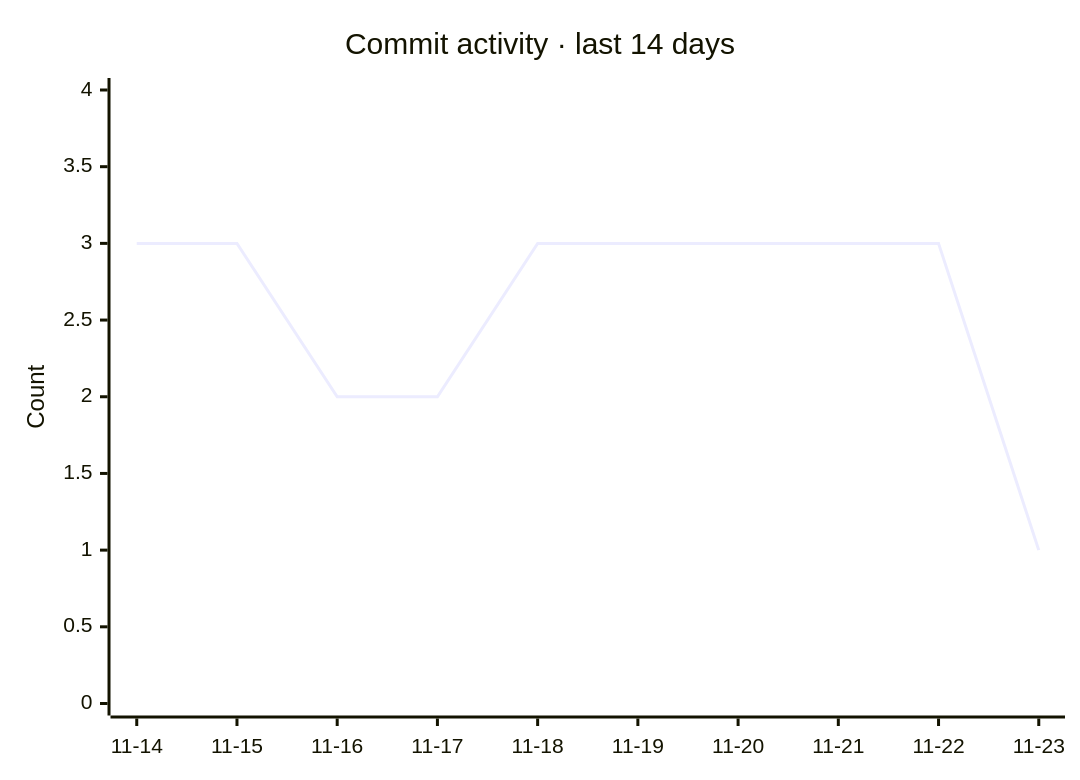
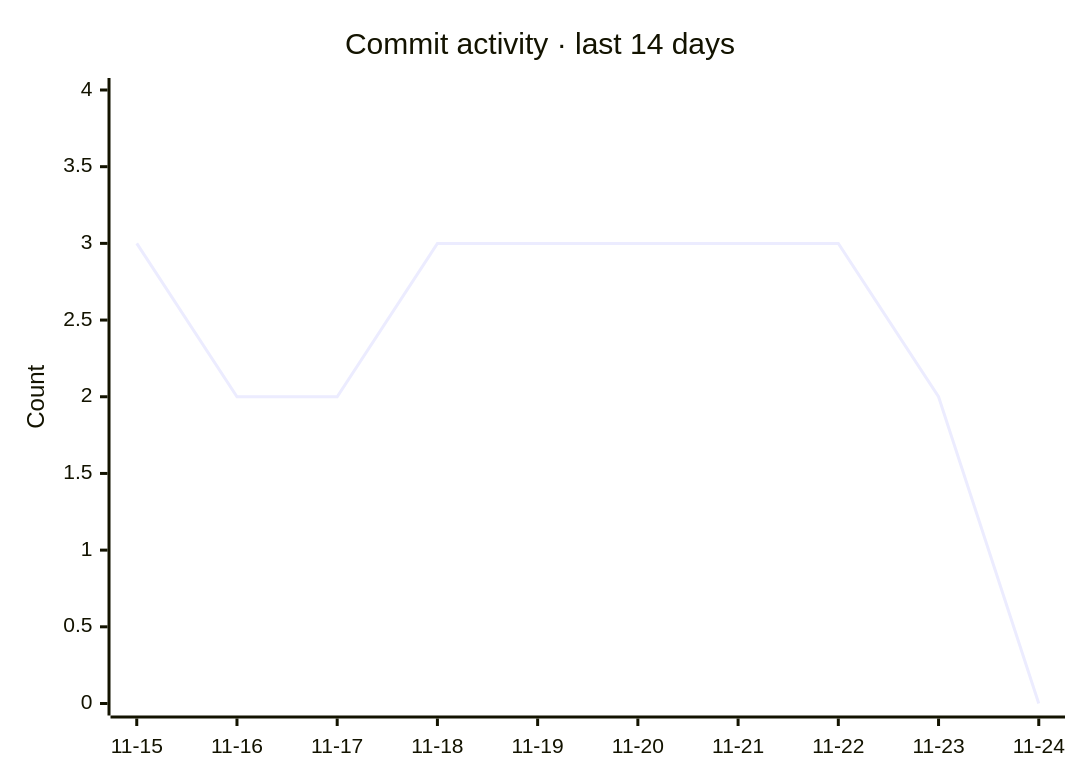
The second of 2 diagrams in README.md (razzaqinspires/whiskay-bot), drawn with Mermaid before and after one commit. The commit also changed other lines of this file and 2 other files, not shown here.

Commit message:
chore(metrics): refresh GitHub traffic and update timestamp [skip ci]

````diff
--- a/README.md
+++ b/README.md
@@ -329,7 +329,7 @@
 ```mermaid
 xychart-beta
     title "Commit activity · last 14 days"
-    x-axis ["11-14", "11-15", "11-16", "11-17", "11-18", "11-19", "11-20", "11-21", "11-22", "11-23"]
+    x-axis ["11-15", "11-16", "11-17", "11-18", "11-19", "11-20", "11-21", "11-22", "11-23", "11-24"]
     y-axis "Count" 0 --> 4
-    line [3, 3, 2, 2, 3, 3, 3, 3, 3, 1]
+    line [3, 2, 2, 3, 3, 3, 3, 3, 2, 0]
 ```
````
